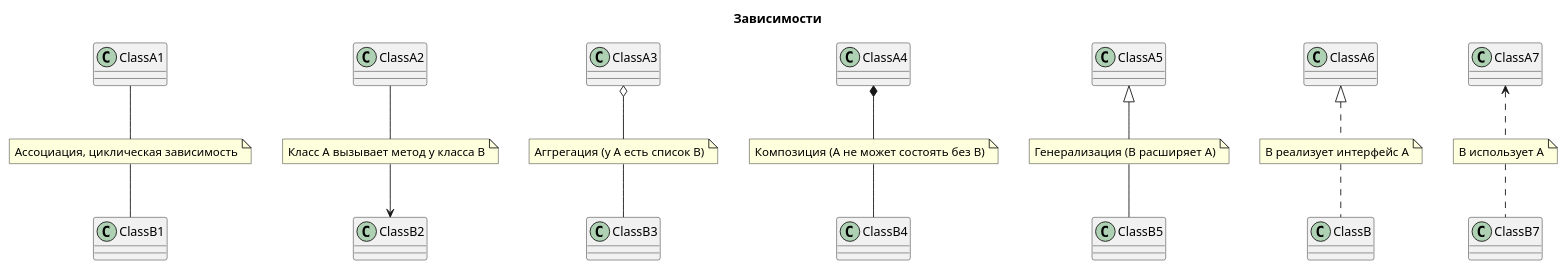
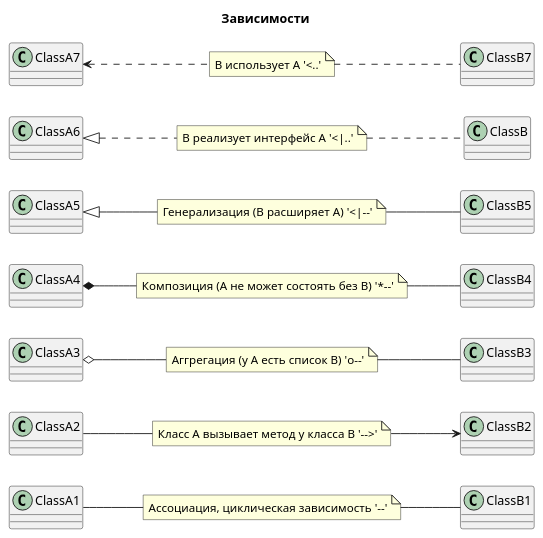
Before and after one commit to ezhov-da/notes: the diagram in uml/uml.puml, drawn with PlantUML.

```diff
--- a/uml/uml.puml
+++ b/uml/uml.puml
@@ -1,47 +1,48 @@
 @startuml
+
+left to right direction
 
 title Зависимости
 
 note as N1
-    Ассоциация, циклическая зависимость
+    Ассоциация, циклическая зависимость '--'
 endnote
 СlassA1 -- N1
 N1 -- СlassB1
 
 note as N2
-    Класс A вызывает метод у класса B
+    Класс A вызывает метод у класса B '-->'
 endnote
 СlassA2 -- N2
 N2 --> СlassB2
 
 note as N3
-    Аггрегация (у A есть список B)
+    Аггрегация (у A есть список B) 'o--'
 endnote
 СlassA3 o-- N3
 N3 -- СlassB3
 
 note as N4
-    Композиция (A не может состоять без B)
+    Композиция (A не может состоять без B) '*--'
 endnote
 СlassA4 *-- N4
 N4 -- СlassB4
 
 note as N5
-    Генерализация (B расширяет A)
+    Генерализация (B расширяет A) '<|--'
 endnote
 СlassA5 <|-- N5
 N5 -- СlassB5
 
 note as N6
-    B реализует интерфейс A
+    B реализует интерфейс A '<|..'
 endnote
 СlassA6 <|.. N6
 N6 .. СlassB
 
 note as N7
-    B использует A
+    B использует A '<..'
 endnote
 СlassA7 <.. N7
 N7 .. СlassB7
-
 @enduml
```
